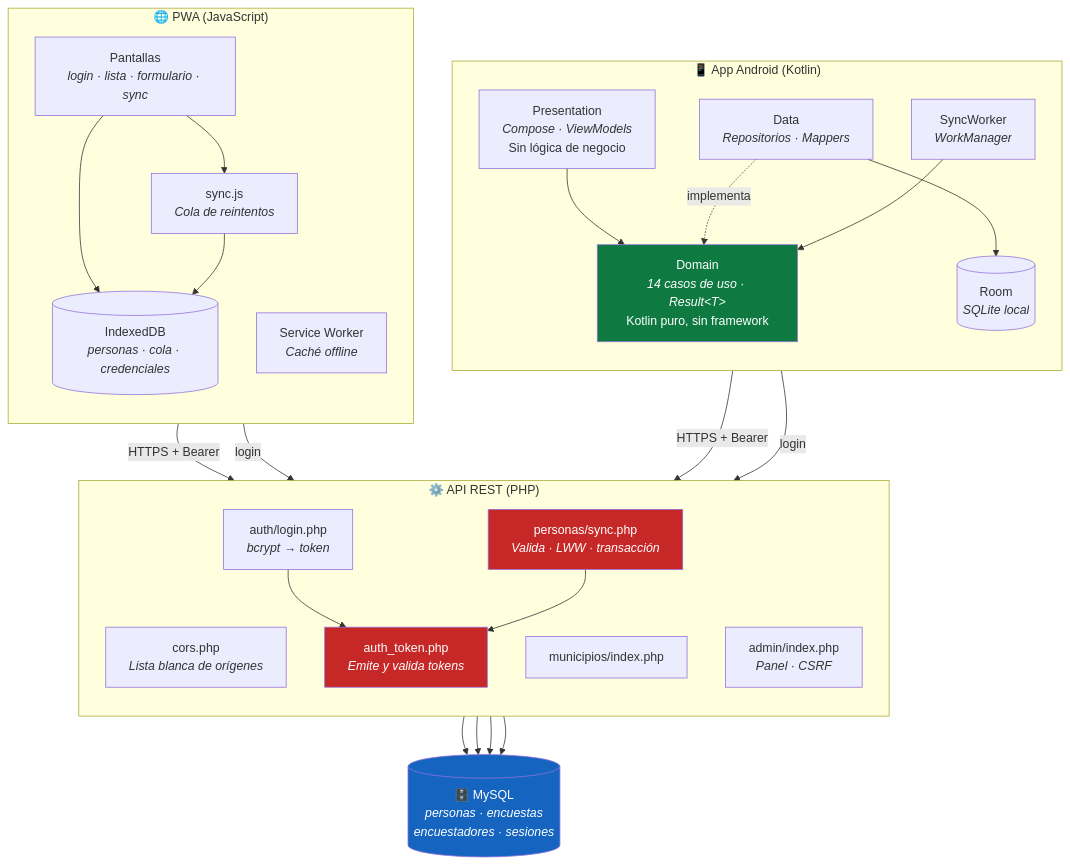
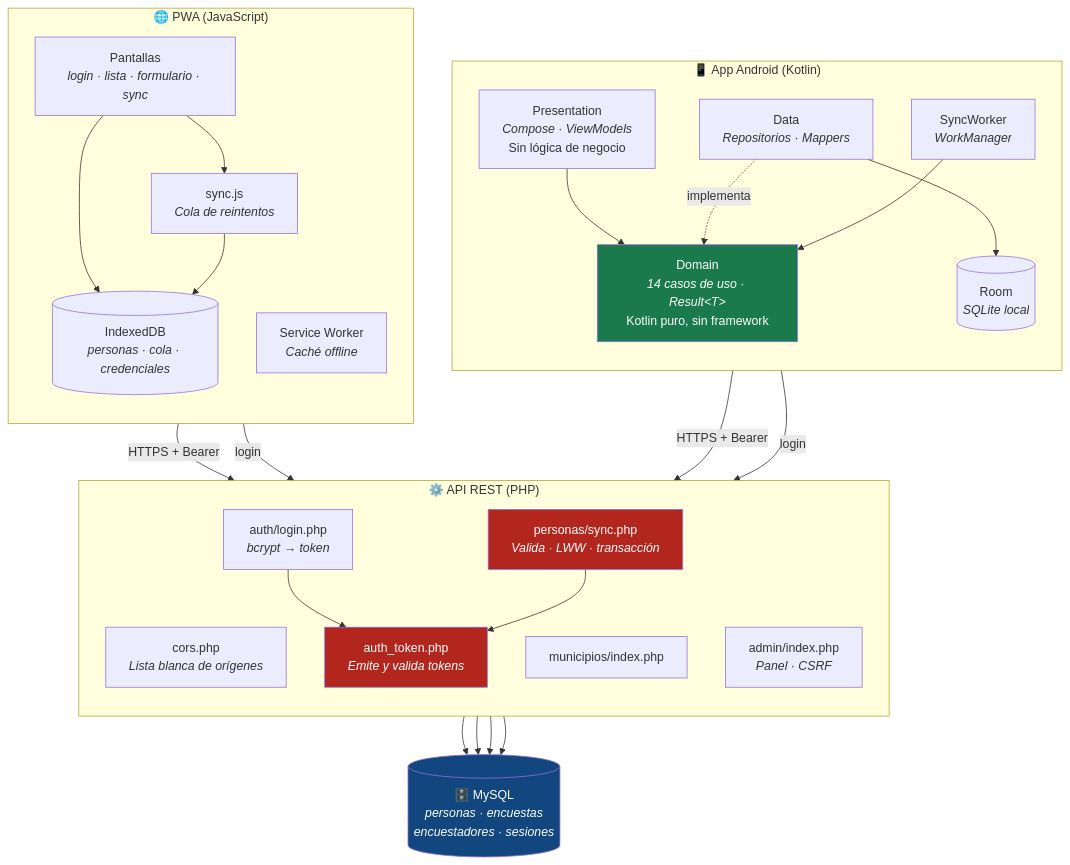
One commit to Manuel151025/proyecto_offline changed the first of 2 diagrams in README.md. Above: the diagram before and after it, drawn with Mermaid. The commit also changed other lines of this file, not shown here.

````diff
--- a/README.md
+++ b/README.md
@@ -19,55 +19,55 @@
 ```mermaid
 graph TB
     subgraph Android["📱 App Android (Kotlin)"]
         direction TB
         AP["Presentation<br/><i>Compose · ViewModels</i><br/>Sin lógica de negocio"]
         AD["Domain<br/><i>14 casos de uso · Result&lt;T&gt;</i><br/>Kotlin puro, sin framework"]
         ADA["Data<br/><i>Repositorios · Mappers</i>"]
         ARoom[("Room<br/><i>SQLite local</i>")]
         AW["SyncWorker<br/><i>WorkManager</i>"]
         AP --> AD
         ADA -.implementa.-> AD
         ADA --> ARoom
         AW --> AD
     end
 
     subgraph PWA["🌐 PWA (JavaScript)"]
         direction TB
         PS["Pantallas<br/><i>login · lista · formulario · sync</i>"]
         PSync["sync.js<br/><i>Cola de reintentos</i>"]
         PIDB[("IndexedDB<br/><i>personas · cola · credenciales</i>")]
         PSW["Service Worker<br/><i>Caché offline</i>"]
         PS --> PSync
         PS --> PIDB
         PSync --> PIDB
     end
 
     subgraph API["⚙️ API REST (PHP)"]
         direction TB
         CORS["cors.php<br/><i>Lista blanca de orígenes</i>"]
         AUTH["auth_token.php<br/><i>Emite y valida tokens</i>"]
         LOGIN["auth/login.php<br/><i>bcrypt → token</i>"]
         SYNC["personas/sync.php<br/><i>Valida · LWW · transacción</i>"]
         MUNI["municipios/index.php"]
         ADMIN["admin/index.php<br/><i>Panel · CSRF</i>"]
         LOGIN --> AUTH
         SYNC --> AUTH
     end
 
     DB[("🗄️ MySQL<br/><i>personas · encuestas<br/>encuestadores · sesiones</i>")]
 
     AW -->|"HTTPS + Bearer"| SYNC
     ADA -->|"login"| LOGIN
     PSync -->|"HTTPS + Bearer"| SYNC
     PS -->|"login"| LOGIN
 
     LOGIN --> DB
     SYNC --> DB
     MUNI --> DB
     ADMIN --> DB
 
-    style AD fill:#0E7A41,color:#fff
-    style AUTH fill:#C62828,color:#fff
-    style SYNC fill:#C62828,color:#fff
-    style DB fill:#1565C0,color:#fff
+    style AD fill:#1B7A4B,color:#fff
+    style AUTH fill:#B3261E,color:#fff
+    style SYNC fill:#B3261E,color:#fff
+    style DB fill:#12467E,color:#fff
 ```
````
